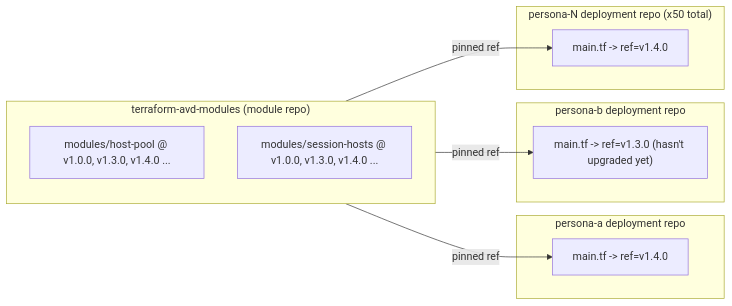
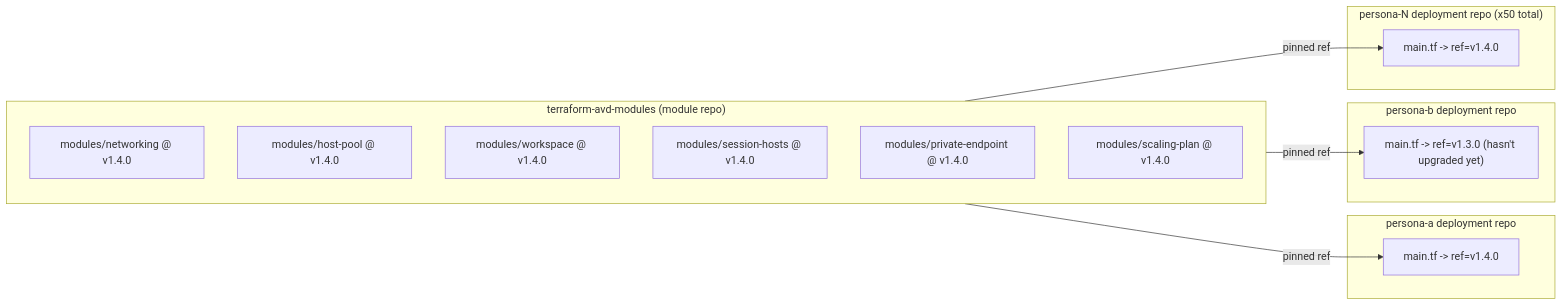
The diagram in docs/07-terraform-module-repo-pattern.md (kiranmulloly/Kiran-s-Project-Azure-AI-Agent), drawn with Mermaid before and after one commit. The commit also changed other lines of this file and 24 other files, not shown here.

Commit message:
Expand module repo (networking, workspace, private-endpoint, scaling-plan added), wire all 6 modules in deployment repo main.tf, and nest tfvars under environments/<env>/<persona>.tfvars with nearly full variable coverage

````diff
--- a/docs/07-terraform-module-repo-pattern.md
+++ b/docs/07-terraform-module-repo-pattern.md
@@ -53,21 +53,25 @@
 ```mermaid
 flowchart LR
     subgraph ModRepo["terraform-avd-modules (module repo)"]
-        M1["modules/host-pool @ v1.0.0, v1.3.0, v1.4.0 ..."]
-        M2["modules/session-hosts @ v1.0.0, v1.3.0, v1.4.0 ..."]
+        M1["modules/networking @ v1.4.0"]
+        M2["modules/host-pool @ v1.4.0"]
+        M3["modules/workspace @ v1.4.0"]
+        M4["modules/session-hosts @ v1.4.0"]
+        M5["modules/private-endpoint @ v1.4.0"]
+        M6["modules/scaling-plan @ v1.4.0"]
     end
 
     subgraph P1["persona-a deployment repo"]
         A1["main.tf -> ref=v1.4.0"]
     end
     subgraph P2["persona-b deployment repo"]
         A2["main.tf -> ref=v1.3.0 (hasn't upgraded yet)"]
     end
     subgraph PN["persona-N deployment repo (x50 total)"]
         A3["main.tf -> ref=v1.4.0"]
     end
 
     ModRepo -->|pinned ref| A1
     ModRepo -->|pinned ref| A2
     ModRepo -->|pinned ref| A3
 ```
````
